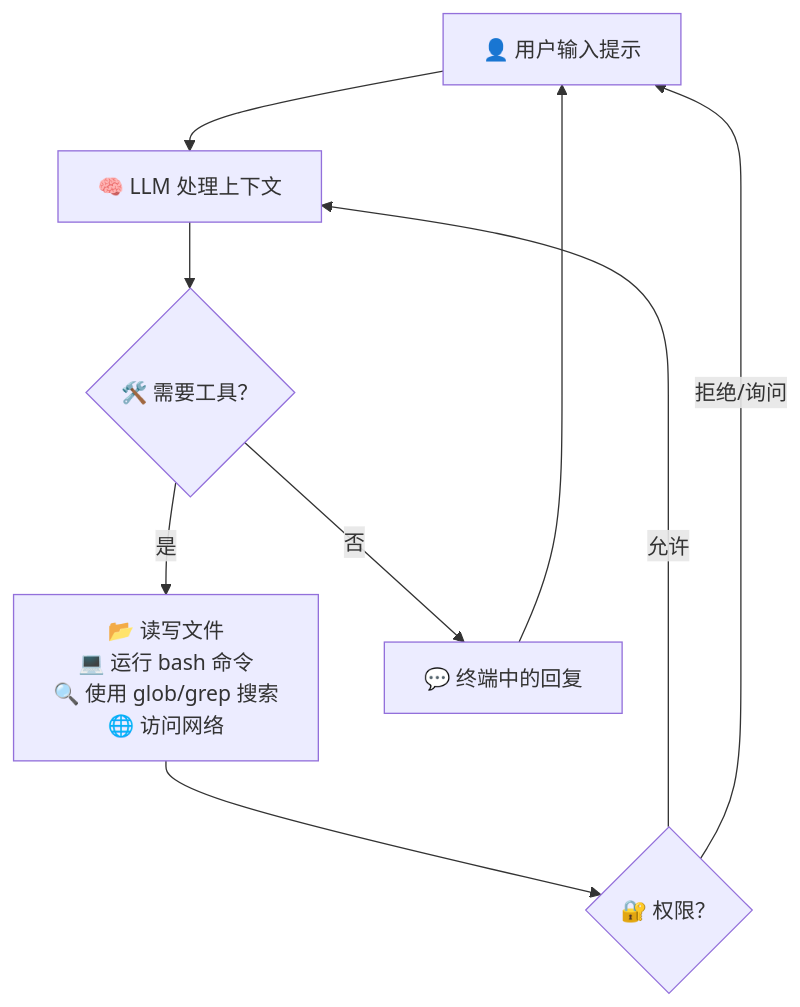
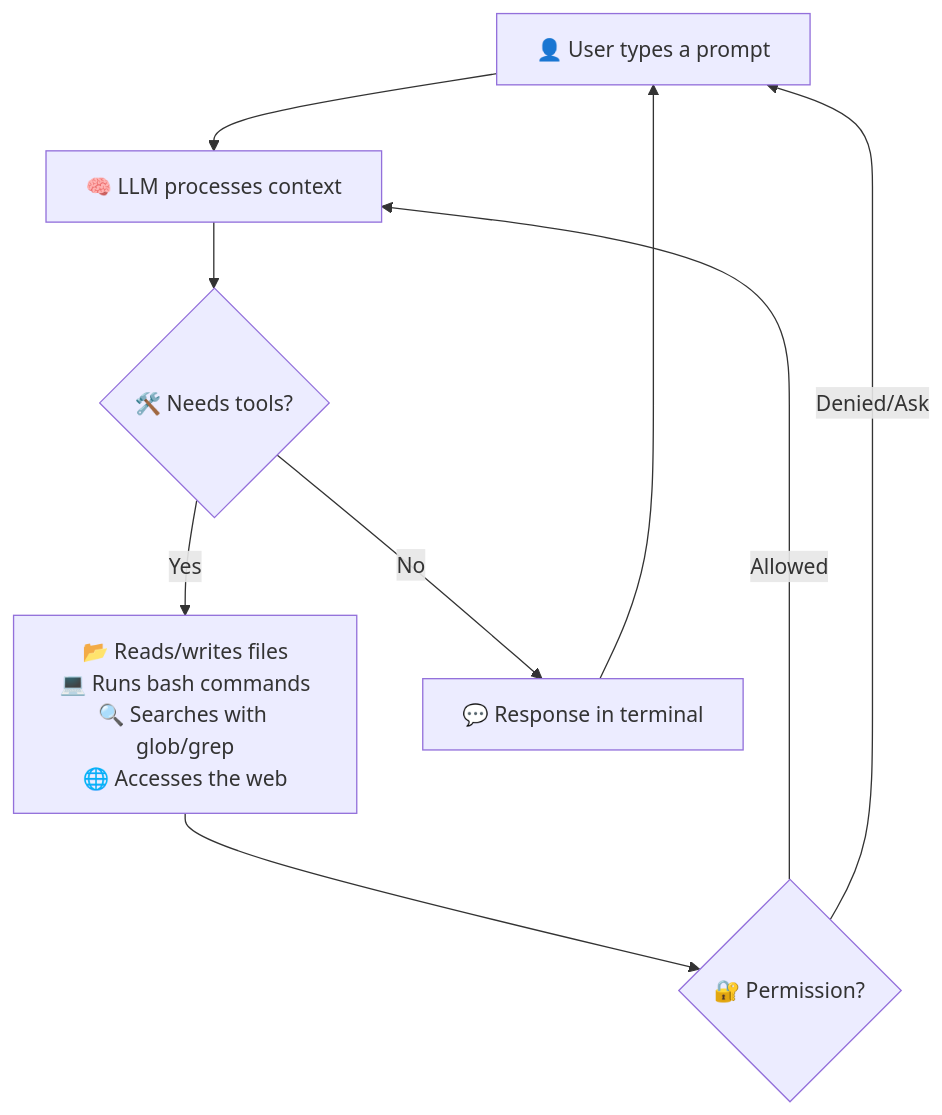
The first of 3 diagrams in docs/i18n/README.zh-Hans.md (andrelncampos/dscode-public), drawn with Mermaid before and after one commit. The commit also changed other lines of this file and 4 other files, not shown here.

````diff
--- a/docs/i18n/README.zh-Hans.md
+++ b/docs/i18n/README.zh-Hans.md
@@ -32,11 +34,11 @@
 ```mermaid
 flowchart TD
-    U[👤 用户输入提示] --> S[🧠 LLM 处理上下文]
-    S --> T{🛠️ 需要工具？}
-    T -->|是| F[📂 读写文件<br/>💻 运行 bash 命令<br/>🔍 使用 glob/grep 搜索<br/>🌐 访问网络]
-    F --> P{🔐 权限？}
-    P -->|允许| S
-    P -->|拒绝/询问| U
-    T -->|否| R[💬 终端中的回复]
+    U[👤 User types a prompt] --> S[🧠 LLM processes context]
+    S --> T{🛠️ Needs tools?}
+    T -->|Yes| F[📂 Reads/writes files<br/>💻 Runs bash commands<br/>🔍 Searches with glob/grep<br/>🌐 Accesses the web]
+    F --> P{🔐 Permission?}
+    P -->|Allowed| S
+    P -->|Denied/Ask| U
+    T -->|No| R[💬 Response in terminal]
     R --> U
 ```
````
